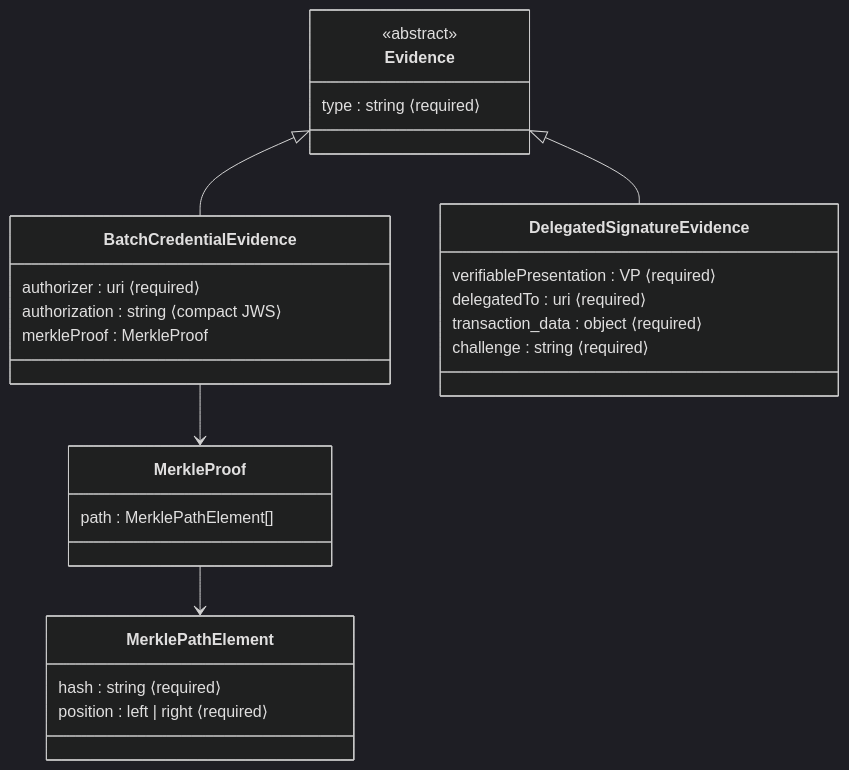
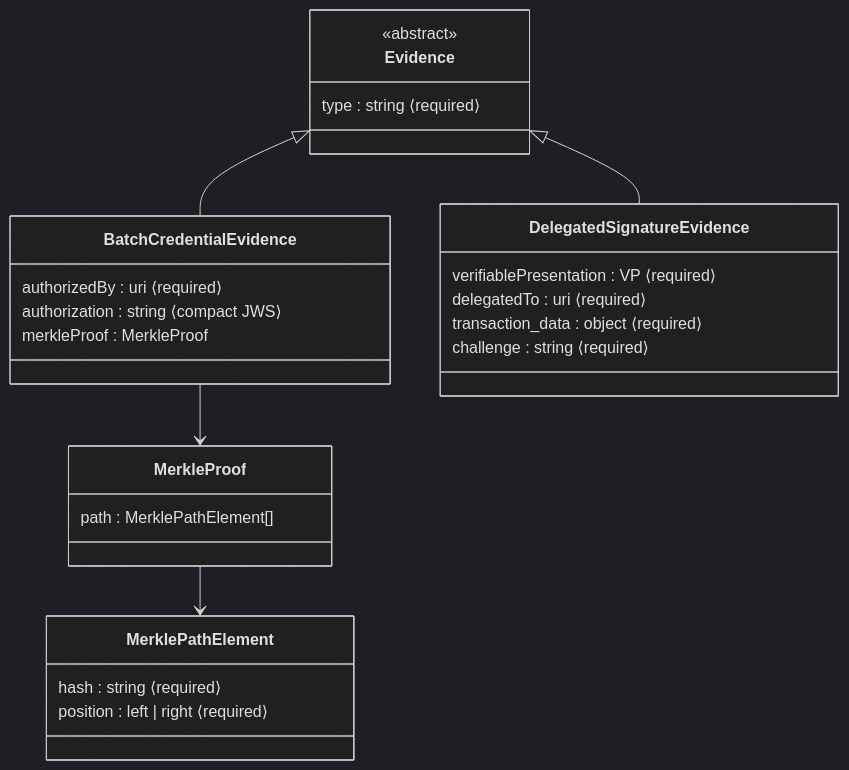
The third of 8 diagrams in docs/schema/credential-model.md (reachhaven/harbour-credentials), drawn with Mermaid (dark theme) before and after one commit. The commit also changed other lines of this file and 20 other files, not shown here.

First line of the commit message:
refactor(evidence)!: rename evidence field authorizer to authorizedBy

````diff
--- a/docs/schema/credential-model.md
+++ b/docs/schema/credential-model.md
@@ -121,34 +121,34 @@
 ```mermaid
 classDiagram
     class Evidence {
         <<abstract>>
         type : string ⟨required⟩
     }
 
     class BatchCredentialEvidence {
-        authorizer : uri ⟨required⟩
+        authorizedBy : uri ⟨required⟩
         authorization : string ⟨compact JWS⟩
         merkleProof : MerkleProof
     }
 
     class MerkleProof {
         path : MerklePathElement[]
     }
 
     class MerklePathElement {
         hash : string ⟨required⟩
         position : left | right ⟨required⟩
     }
 
     class DelegatedSignatureEvidence {
         verifiablePresentation : VP ⟨required⟩
         delegatedTo : uri ⟨required⟩
         transaction_data : object ⟨required⟩
         challenge : string ⟨required⟩
     }
 
     Evidence <|-- BatchCredentialEvidence
     Evidence <|-- DelegatedSignatureEvidence
     BatchCredentialEvidence --> MerkleProof
     MerkleProof --> MerklePathElement
 ```
````
